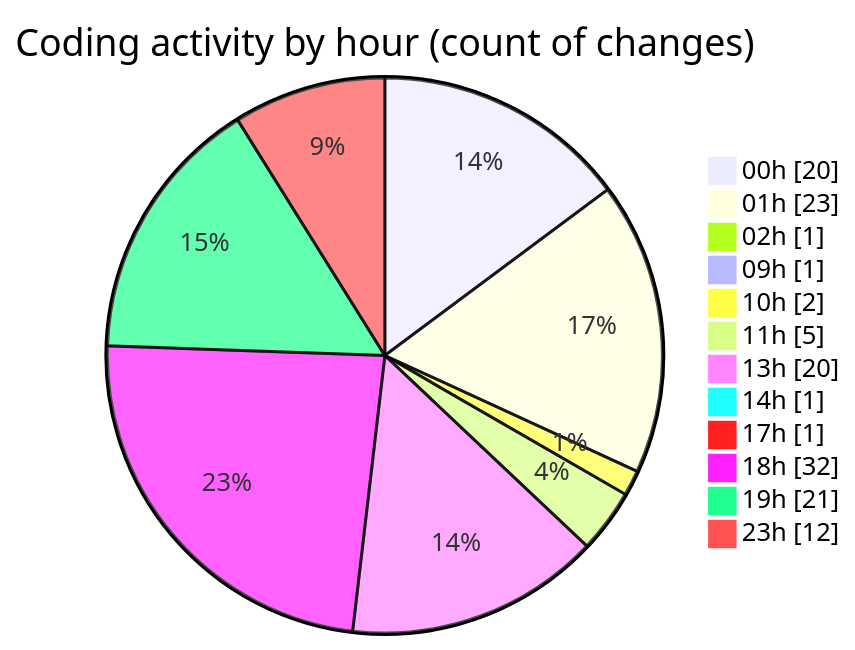
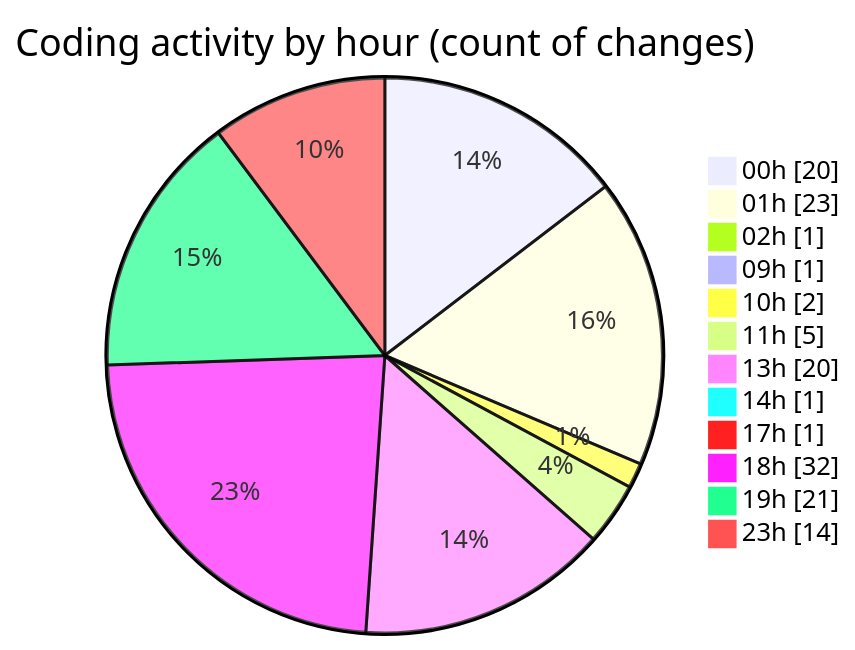
One commit to julien-gomy/code-tracking changed the second of 2 diagrams in 2025-10-16/eventscop-frontend-guide__workspace_/README.md. Above: the diagram before and after it, drawn with Mermaid. The commit also changed other lines of this file and 1 other file, not shown here.

````diff
--- a/2025-10-16/eventscop-frontend-guide__workspace_/README.md
+++ b/2025-10-16/eventscop-frontend-guide__workspace_/README.md
@@ -66,16 +66,16 @@
 ```mermaid
 pie showData
 title Coding activity by hour (count of changes)
 "00h" : 20
 "01h" : 23
 "02h" : 1
 "09h" : 1
 "10h" : 2
 "11h" : 5
 "13h" : 20
 "14h" : 1
 "17h" : 1
 "18h" : 32
 "19h" : 21
-"23h" : 12
+"23h" : 14
 ```
````
